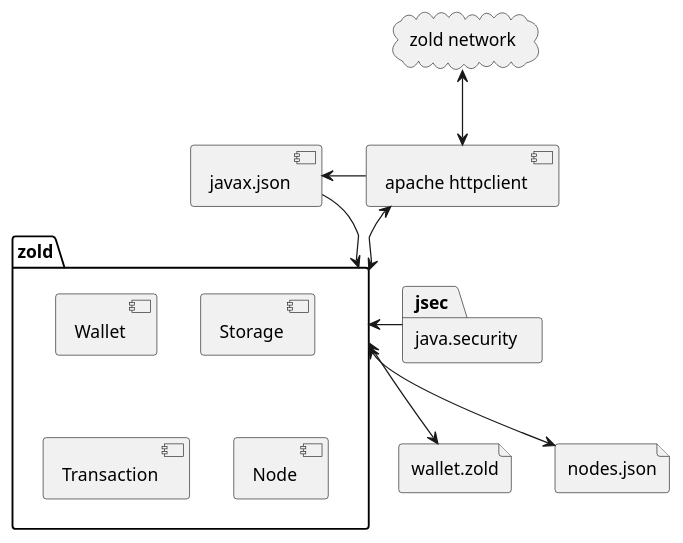
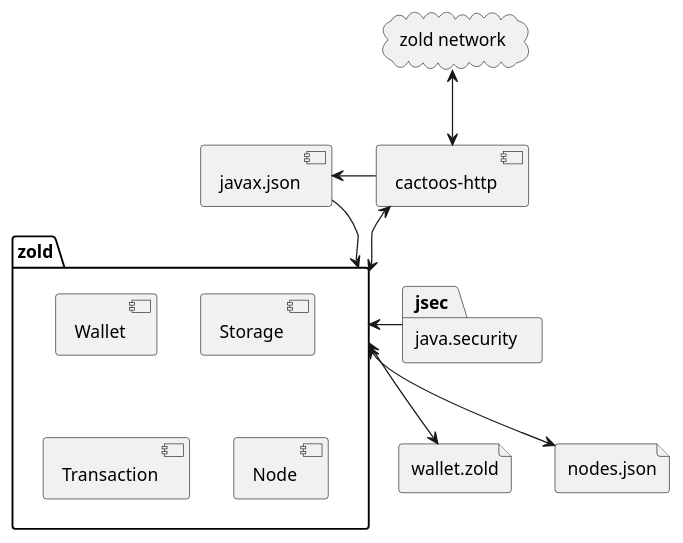
The diagram in src/site/resources/plantuml/architecture.plantuml (zold-io/java-api), drawn with PlantUML before and after one commit. The commit also changed other lines of this file and 1 other file, not shown here.

```diff
--- a/src/site/resources/plantuml/architecture.plantuml
+++ b/src/site/resources/plantuml/architecture.plantuml
@@ -1,21 +1,21 @@
 @startuml
 cloud "zold network" as network
 component "javax.json" as json
 package "java.security" as jsec
-component "apache httpclient" as apache
+component "cactoos-http" as http
 package "zold" as zold {
   component Wallet
   component Storage
   component Transaction
   component Node
 }
 file wallet.zold
 file nodes.json
-network <-down-> apache
-apache -left-> json
-apache <-down-> zold
+network <-down-> http
+http -left-> json
+http <-down-> zold
 json -down-> zold
 zold <-right- jsec
 zold <-down-> wallet.zold
 zold <-down-> nodes.json
 @enduml
```
